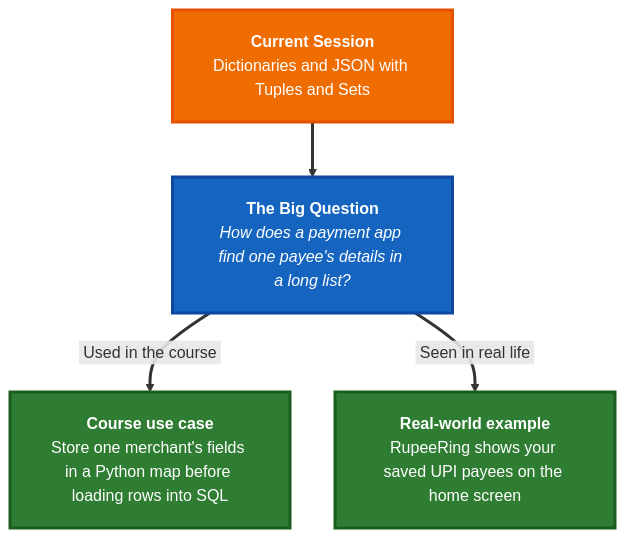
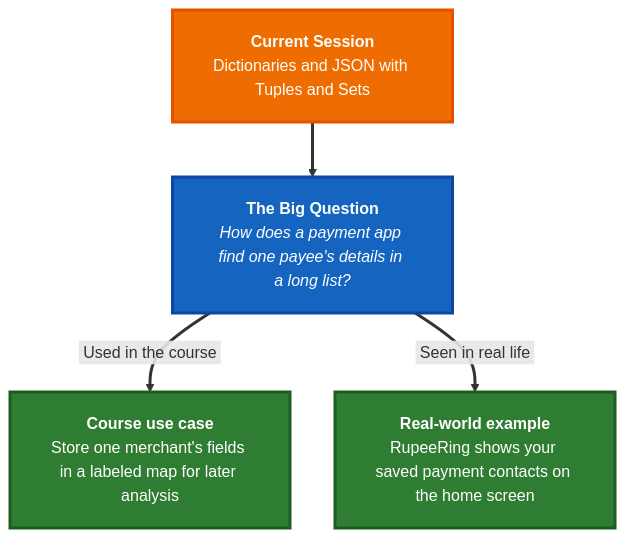
The diagram in IITP-AIDA-EN-III-2610/module-01-data-sql-foundations/lecture-06-dictionaries-and-json-with-tuples-and-sets/pre-read.md (ayaznoori/Ayaz_Curriculum), drawn with Mermaid before and after one commit. The commit also changed other lines of this file and 1 other file, not shown here.

````diff
--- a/IITP-AIDA-EN-III-2610/module-01-data-sql-foundations/lecture-06-dictionaries-and-json-with-tuples-and-sets/pre-read.md
+++ b/IITP-AIDA-EN-III-2610/module-01-data-sql-foundations/lecture-06-dictionaries-and-json-with-tuples-and-sets/pre-read.md
@@ -5,22 +5,22 @@
 ```mermaid
 %%{init: {'flowchart': {'nodeSpacing': 45, 'rankSpacing': 55, 'padding': 20}}}%%
 flowchart TB
   CUR["<b>Current Session</b><br/>Dictionaries and JSON with Tuples and Sets"]
   Q["<b>The Big Question</b><br/><i>How does a payment app find one payee's details in a long list?</i>"]
-  CV["<b>Course use case</b><br/>Store one merchant's fields in a Python map before loading rows into SQL"]
-  RL["<b>Real-world example</b><br/>RupeeRing shows your saved UPI payees on the home screen"]
+  CV["<b>Course use case</b><br/>Store one merchant's fields in a labeled map for later analysis"]
+  RL["<b>Real-world example</b><br/>RupeeRing shows your saved payment contacts on the home screen"]
 
   CUR ==> Q
   Q ==>|&nbsp;Used in the course&nbsp;| CV
   Q ==>|&nbsp;Seen in real life&nbsp;| RL
 
   classDef currSes fill:#ef6c00,stroke:#e65100,color:#ffffff,stroke-width:3px
   classDef ask fill:#1565c0,stroke:#0d47a1,color:#ffffff,stroke-width:3px
   classDef val fill:#2e7d32,stroke:#1b5e20,color:#ffffff,stroke-width:3px
 
   class CUR currSes
   class Q ask
   class CV,RL val
 
   linkStyle default stroke-width:3px
 ```
````
